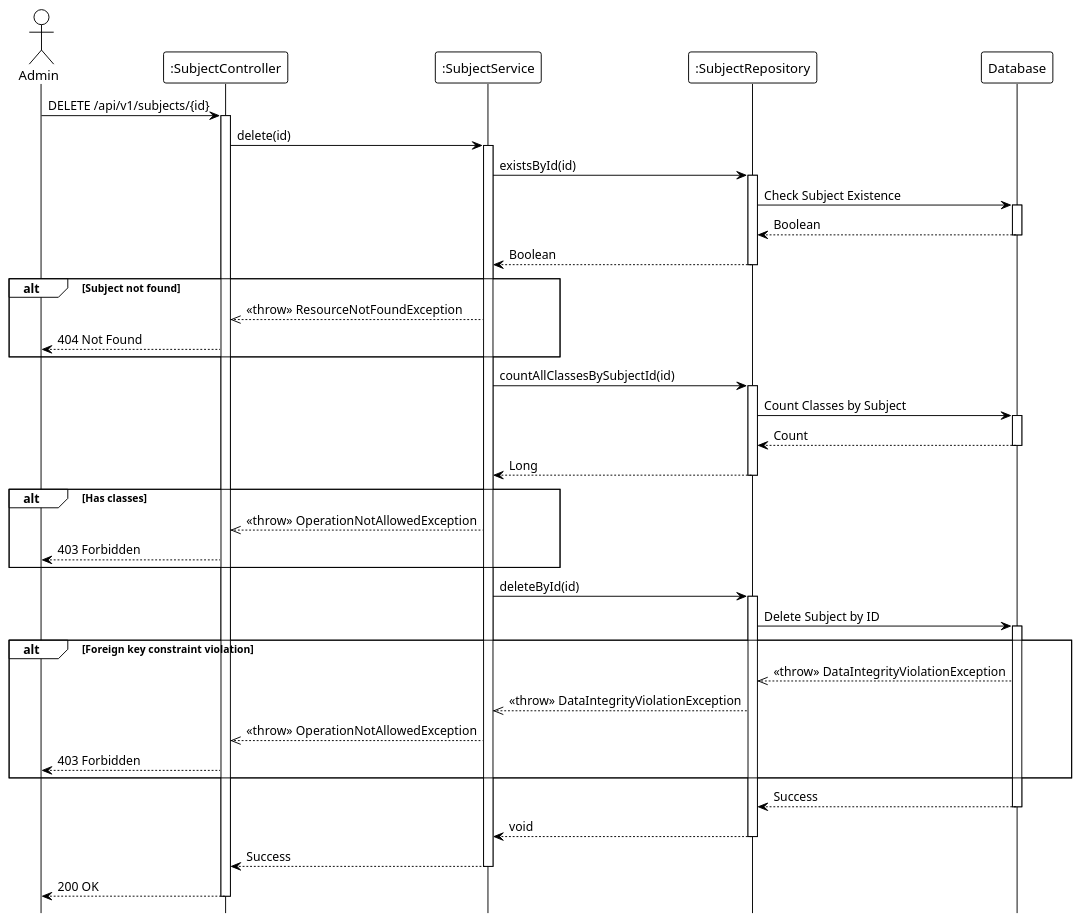
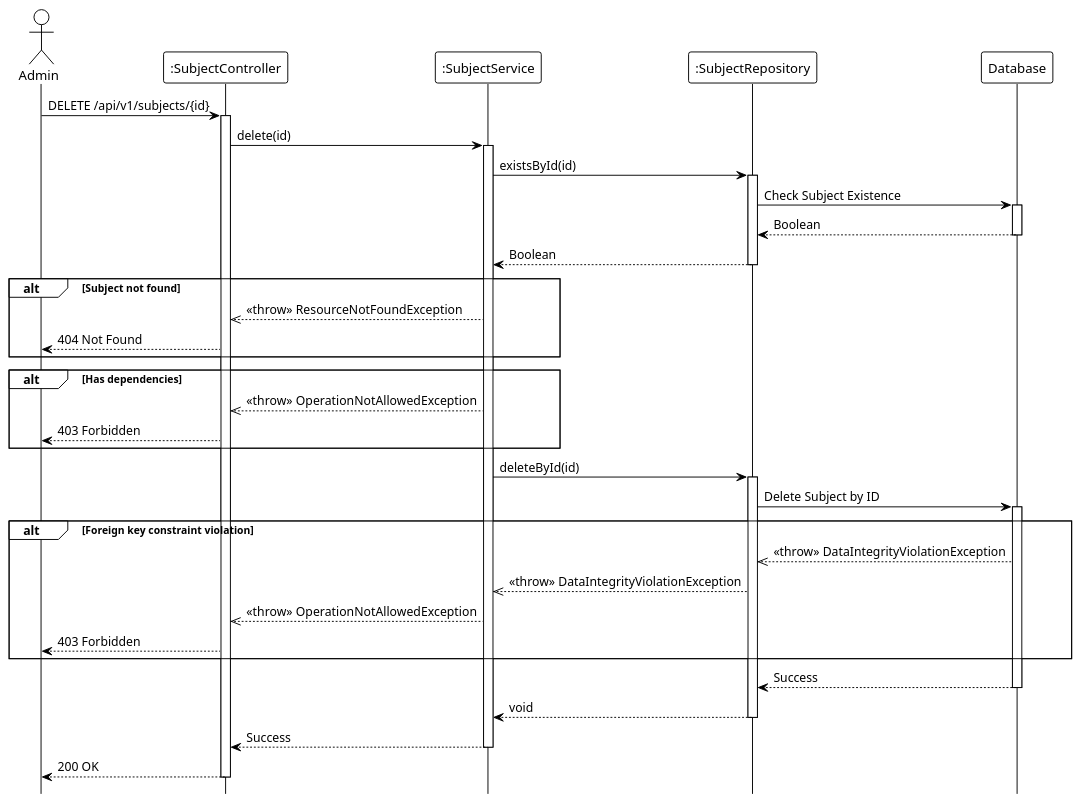
One commit to Ndh474/context changed the diagram in system_detailed_design/21_delete_subject/sequence_diagram_delete_subject.puml. Above: the diagram before and after it, drawn with PlantUML. The commit also changed 23 other files, not shown here.

```diff
--- a/system_detailed_design/21_delete_subject/sequence_diagram_delete_subject.puml
+++ b/system_detailed_design/21_delete_subject/sequence_diagram_delete_subject.puml
@@ -1,78 +1,67 @@
 @startuml delete_subject
 !theme plain
 hide footbox
 
 actor Admin
 participant ":SubjectController" as Controller
 participant ":SubjectService" as Service
 participant ":SubjectRepository" as Repository
 participant "Database" as DB
 
 ' --- MAIN FLOW ---
 Admin -> Controller: DELETE /api/v1/subjects/{id}
 activate Controller
 
 Controller -> Service: delete(id)
 activate Service
 
 ' --- CHECK EXISTENCE ---
 Service -> Repository: existsById(id)
 activate Repository
 
 Repository -> DB: Check Subject Existence
 activate DB
 DB --> Repository: Boolean
 deactivate DB
 
 Repository --> Service: Boolean
 deactivate Repository
 
 alt Subject not found
     Service -->> Controller: <<throw>> ResourceNotFoundException
     Controller --> Admin: 404 Not Found
 end
 
-' --- CHECK CLASSES ---
-Service -> Repository: countAllClassesBySubjectId(id)
-activate Repository
+' Validation logic (internal: check classes count)
 
-Repository -> DB: Count Classes by Subject
-activate DB
-DB --> Repository: Count
-deactivate DB
-
-Repository --> Service: Long
-deactivate Repository
-
-alt Has classes
+alt Has dependencies
     Service -->> Controller: <<throw>> OperationNotAllowedException
     Controller --> Admin: 403 Forbidden
 end
 
-' --- DELETE OPERATION ---
 Service -> Repository: deleteById(id)
 activate Repository
 
 Repository -> DB: Delete Subject by ID
 activate DB
 
 alt Foreign key constraint violation
     DB -->> Repository: <<throw>> DataIntegrityViolationException
     Repository -->> Service: <<throw>> DataIntegrityViolationException
     Service -->> Controller: <<throw>> OperationNotAllowedException
     Controller --> Admin: 403 Forbidden
 end
 
 DB --> Repository: Success
 deactivate DB
 
 Repository --> Service: void
 deactivate Repository
 
 Service --> Controller: Success
 deactivate Service
 
 Controller --> Admin: 200 OK
 deactivate Controller
 
 @enduml
```
